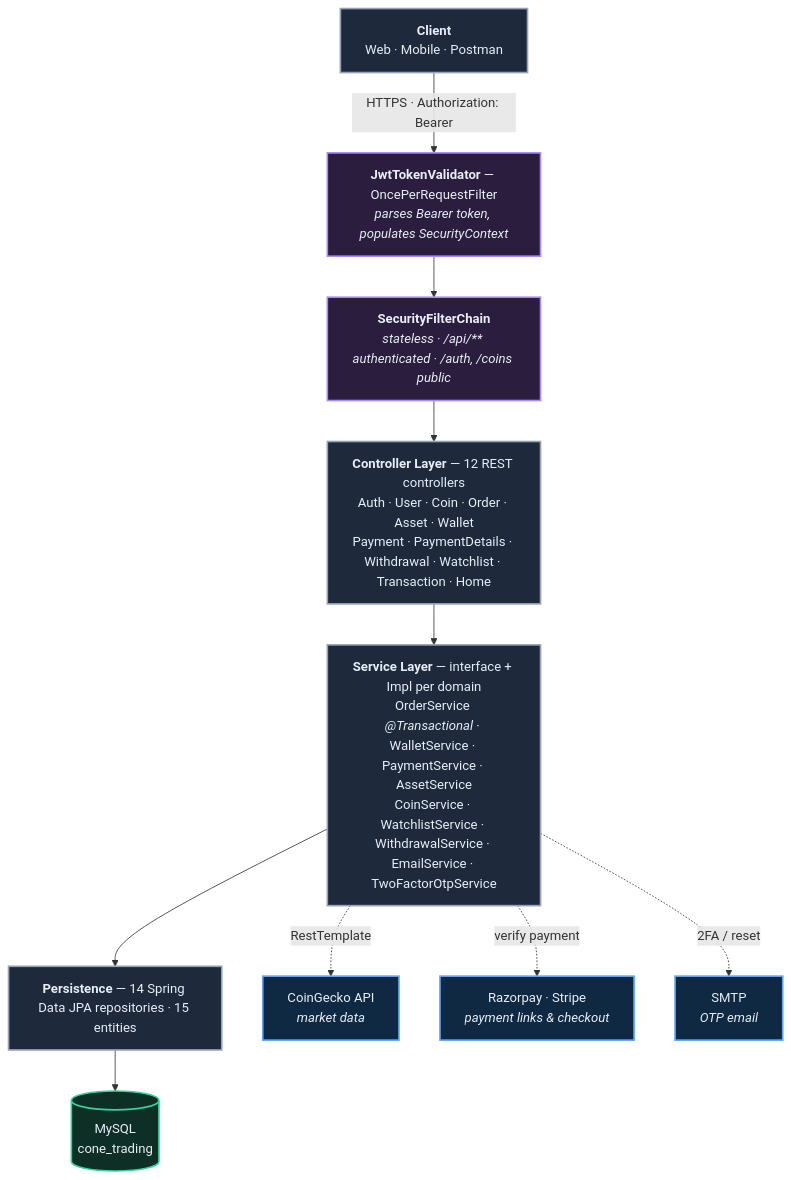
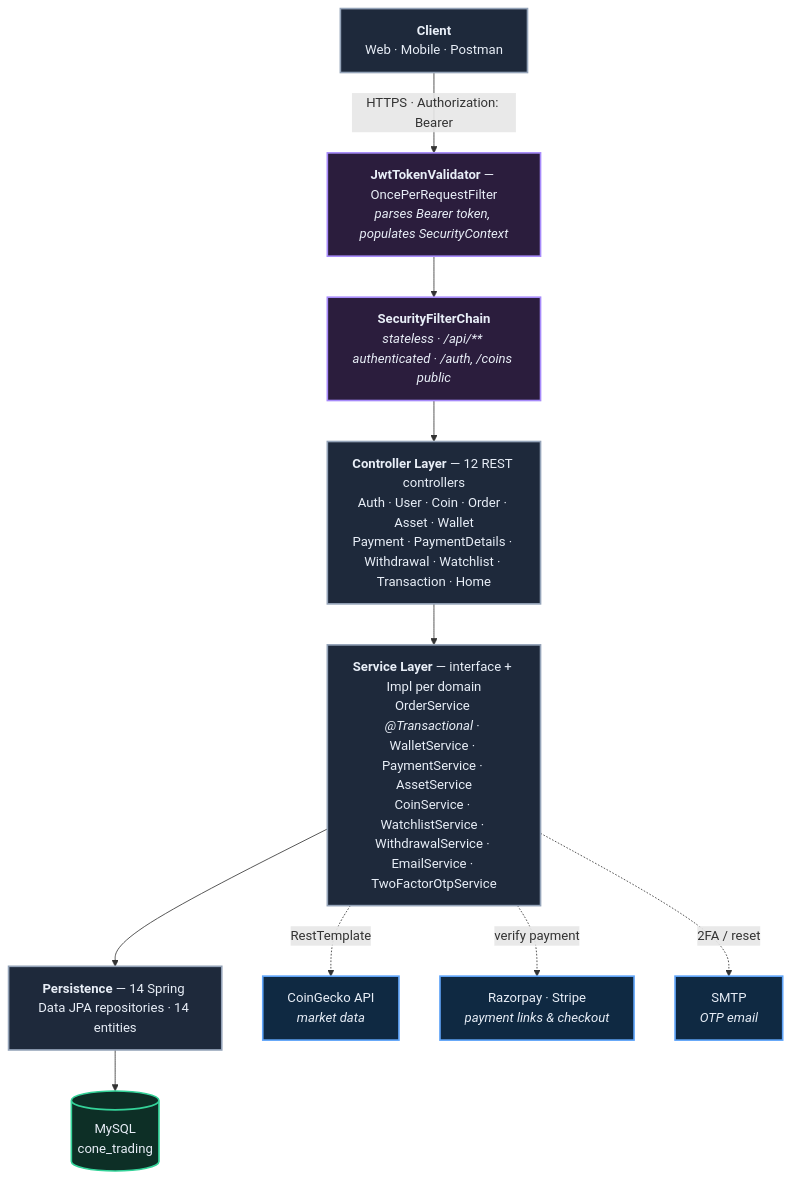
The first of 5 diagrams in README.md (chinmoypaul8897/Cone-Trading), drawn with Mermaid before and after one commit. The commit also changed other lines of this file and 2 other files, not shown here.

````diff
--- a/README.md
+++ b/README.md
@@ -58,38 +58,38 @@
 ```mermaid
 flowchart TB
     C["<b>Client</b><br/>Web · Mobile · Postman"]
 
     F["<b>JwtTokenValidator</b> — OncePerRequestFilter<br/><i>parses Bearer token, populates SecurityContext</i>"]
     SC["<b>SecurityFilterChain</b><br/><i>stateless · /api/** authenticated · /auth, /coins public</i>"]
 
     WEB["<b>Controller Layer</b> — 12 REST controllers<br/>Auth · User · Coin · Order · Asset · Wallet<br/>Payment · PaymentDetails · Withdrawal · Watchlist · Transaction · Home"]
 
     SVC["<b>Service Layer</b> — interface + Impl per domain<br/>OrderService <i>@Transactional</i> · WalletService · PaymentService · AssetService<br/>CoinService · WatchlistService · WithdrawalService · EmailService · TwoFactorOtpService"]
 
-    REPO["<b>Persistence</b> — 14 Spring Data JPA repositories · 15 entities"]
+    REPO["<b>Persistence</b> — 14 Spring Data JPA repositories · 14 entities"]
     DB[("MySQL<br/>cone_trading")]
 
     CG["CoinGecko API<br/><i>market data</i>"]
     PAY["Razorpay · Stripe<br/><i>payment links & checkout</i>"]
     SMTP["SMTP<br/><i>OTP email</i>"]
 
     C -->|"HTTPS · Authorization: Bearer"| F
     F --> SC
     SC --> WEB
     WEB --> SVC
     SVC --> REPO
     REPO --> DB
 
     SVC -.->|RestTemplate| CG
     SVC -.->|verify payment| PAY
     SVC -.->|2FA / reset| SMTP
 
     classDef ext fill:#0f2942,stroke:#60a5fa,stroke-width:2px,color:#e8eef7
     classDef db fill:#0d2f26,stroke:#34d399,stroke-width:2px,color:#e8eef7
     classDef sec fill:#2b1d3d,stroke:#a78bfa,stroke-width:2px,color:#e8eef7
     classDef app fill:#1e293b,stroke:#94a3b8,stroke-width:2px,color:#e8eef7
     class CG,PAY,SMTP ext
     class DB db
     class F,SC sec
     class C,WEB,SVC,REPO app
 ```
````
